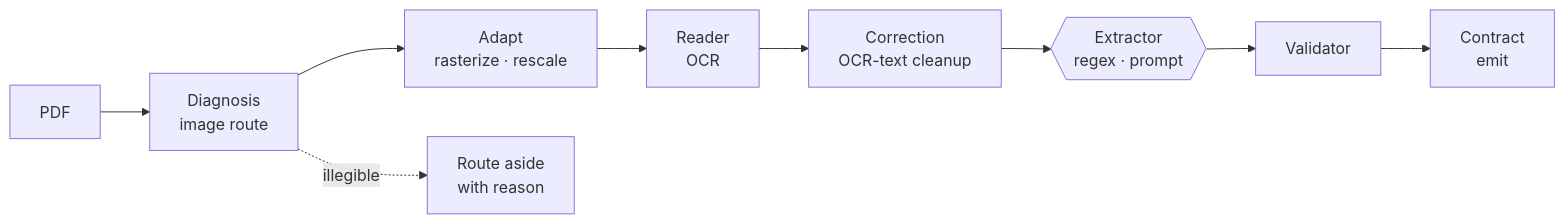
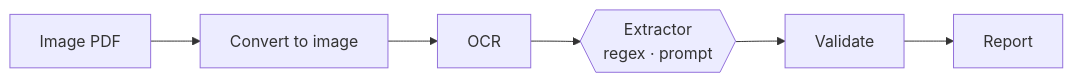
One commit to mariogarcia-ar/docflow changed the second of 5 diagrams in workflow.md. Above: the diagram before and after it, drawn with Mermaid. The commit also changed other lines of this file, not shown here.

````diff
--- a/workflow.md
+++ b/workflow.md
@@ -156,11 +77,8 @@
 ```mermaid
 graph LR
-    A["PDF"] --> B["Diagnosis<br/>image route"]
-    B --> C["Adapt<br/>rasterize · rescale"]
-    C --> D["Reader<br/>OCR"]
-    D --> E["Correction<br/>OCR-text cleanup"]
-    E --> F{{"Extractor<br/>regex · prompt"}}
-    F --> G["Validator"]
-    G --> H["Contract<br/>emit"]
-    B -.->|"illegible"| I["Route aside<br/>with reason"]
+    A["Image PDF"] --> B["Convert to image"]
+    B --> C["OCR"]
+    C --> D{{"Extractor<br/>regex · prompt"}}
+    D --> E["Validate"]
+    E --> F["Report"]
 ```
````
